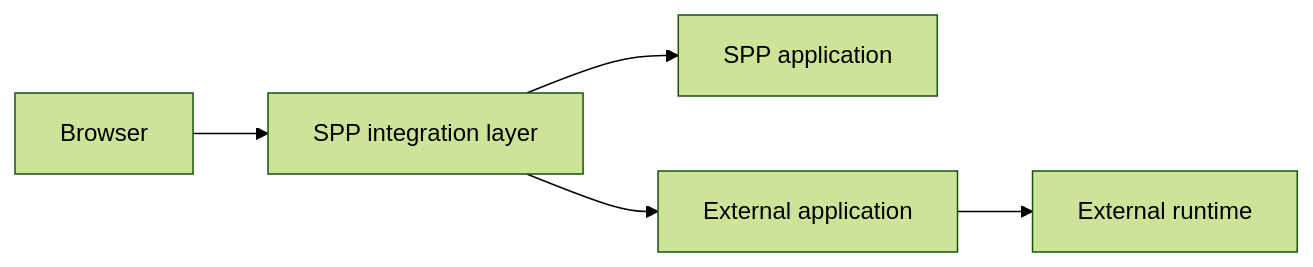
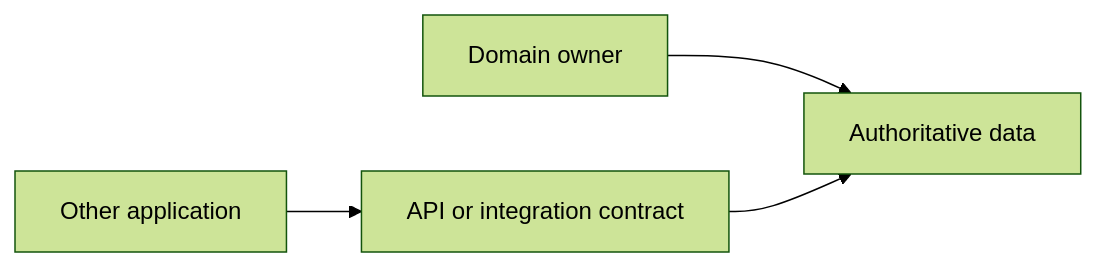
The sixth of 9 diagrams in documentation/handbook/21-enterprise-architecture-and-deployment.md (shuklasp/spp), drawn with Mermaid (forest theme) before and after one commit. The commit also changed other lines of this file, not shown here.

Commit message:
Deep rewrite enterprise architecture and deployment for beginner to advanced

````diff
--- a/documentation/handbook/21-enterprise-architecture-and-deployment.md
+++ b/documentation/handbook/21-enterprise-architecture-and-deployment.md
@@ -174,7 +206,6 @@
 ```mermaid
 flowchart LR
-    A[Browser] --> B[SPP integration layer]
-    B --> C[SPP application]
-    B --> D[External application]
-    D --> E[External runtime]
+    A[Domain owner] --> B[Authoritative data]
+    C[Other application] --> D[API or integration contract]
+    D --> B
 ```
````
